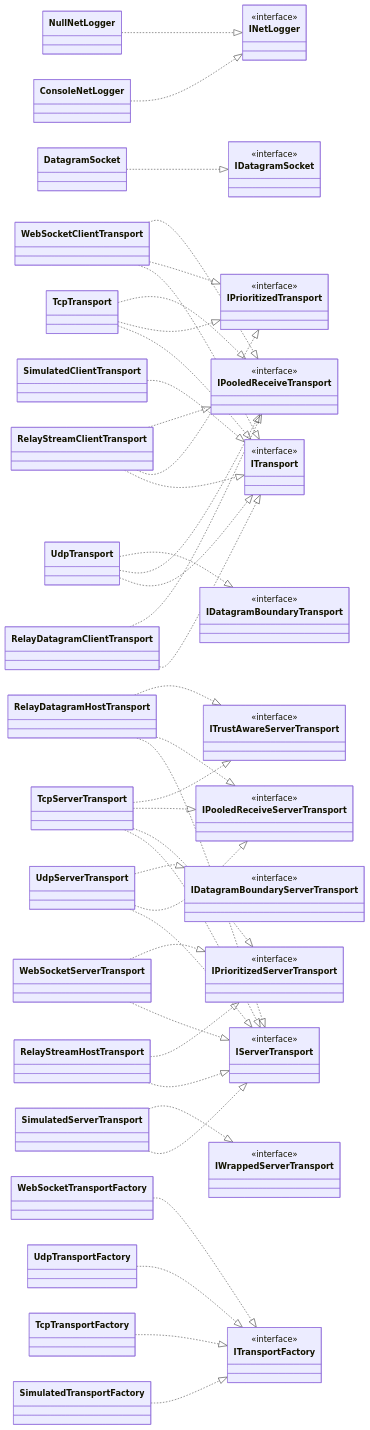
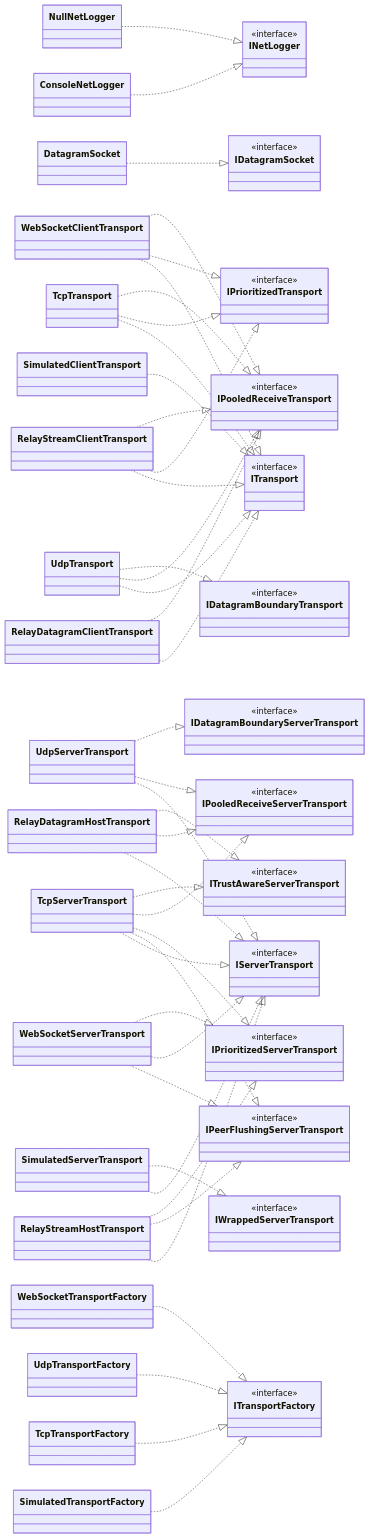
One commit to VladislavKresov/NetSync changed the diagram in docs/4 Diagrams/Type hierarchy.md. Above: the diagram before and after it, drawn with Mermaid. The commit also changed other lines of this file and 56 other files, not shown here.

Commit message:
Docs: limitations and roadmap after rc.6 work; regenerated code reference

````diff
--- a/docs/4 Diagrams/Type hierarchy.md
+++ b/docs/4 Diagrams/Type hierarchy.md
@@ -11,68 +11,73 @@
 ```mermaid
 classDiagram
   direction LR
   ConsoleNetLogger ..|> INetLogger
   DatagramSocket ..|> IDatagramSocket
   NullNetLogger ..|> INetLogger
   RelayDatagramClientTransport ..|> ITransport
   RelayDatagramClientTransport ..|> IPooledReceiveTransport
   RelayDatagramHostTransport ..|> IServerTransport
   RelayDatagramHostTransport ..|> IPooledReceiveServerTransport
   RelayDatagramHostTransport ..|> ITrustAwareServerTransport
   RelayStreamClientTransport ..|> ITransport
   RelayStreamClientTransport ..|> IPrioritizedTransport
   RelayStreamClientTransport ..|> IPooledReceiveTransport
   RelayStreamHostTransport ..|> IServerTransport
+  RelayStreamHostTransport ..|> IPeerFlushingServerTransport
   RelayStreamHostTransport ..|> IPrioritizedServerTransport
   SimulatedClientTransport ..|> ITransport
   SimulatedServerTransport ..|> IServerTransport
   SimulatedServerTransport ..|> IWrappedServerTransport
   SimulatedTransportFactory ..|> ITransportFactory
   TcpServerTransport ..|> IServerTransport
+  TcpServerTransport ..|> IPeerFlushingServerTransport
   TcpServerTransport ..|> IPrioritizedServerTransport
   TcpServerTransport ..|> IPooledReceiveServerTransport
   TcpServerTransport ..|> ITrustAwareServerTransport
   TcpTransport ..|> ITransport
   TcpTransport ..|> IPrioritizedTransport
   TcpTransport ..|> IPooledReceiveTransport
   TcpTransportFactory ..|> ITransportFactory
   UdpServerTransport ..|> IServerTransport
   UdpServerTransport ..|> IPooledReceiveServerTransport
   UdpServerTransport ..|> IDatagramBoundaryServerTransport
   UdpTransport ..|> ITransport
   UdpTransport ..|> IPooledReceiveTransport
   UdpTransport ..|> IDatagramBoundaryTransport
   UdpTransportFactory ..|> ITransportFactory
   WebSocketClientTransport ..|> ITransport
   WebSocketClientTransport ..|> IPrioritizedTransport
   WebSocketClientTransport ..|> IPooledReceiveTransport
+  WebSocketServerTransport ..|> IPeerFlushingServerTransport
   WebSocketServerTransport ..|> IServerTransport
   WebSocketServerTransport ..|> IPrioritizedServerTransport
   WebSocketTransportFactory ..|> ITransportFactory
   class IDatagramBoundaryServerTransport
   <<interface>> IDatagramBoundaryServerTransport
   class IDatagramBoundaryTransport
   <<interface>> IDatagramBoundaryTransport
   class IDatagramSocket
   <<interface>> IDatagramSocket
   class INetLogger
   <<interface>> INetLogger
+  class IPeerFlushingServerTransport
+  <<interface>> IPeerFlushingServerTransport
   class IPooledReceiveServerTransport
   <<interface>> IPooledReceiveServerTransport
   class IPooledReceiveTransport
   <<interface>> IPooledReceiveTransport
   class IPrioritizedServerTransport
   <<interface>> IPrioritizedServerTransport
   class IPrioritizedTransport
   <<interface>> IPrioritizedTransport
   class IServerTransport
   <<interface>> IServerTransport
   class ITransport
   <<interface>> ITransport
   class ITransportFactory
   <<interface>> ITransportFactory
   class ITrustAwareServerTransport
   <<interface>> ITrustAwareServerTransport
   class IWrappedServerTransport
   <<interface>> IWrappedServerTransport
 ```
````
